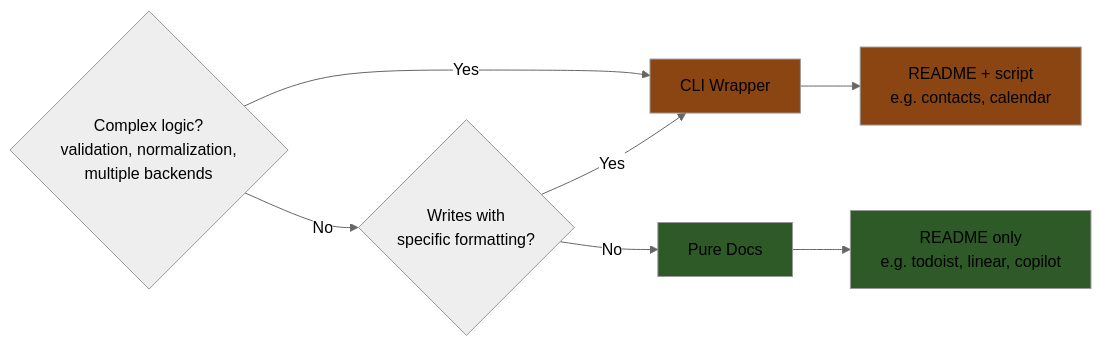
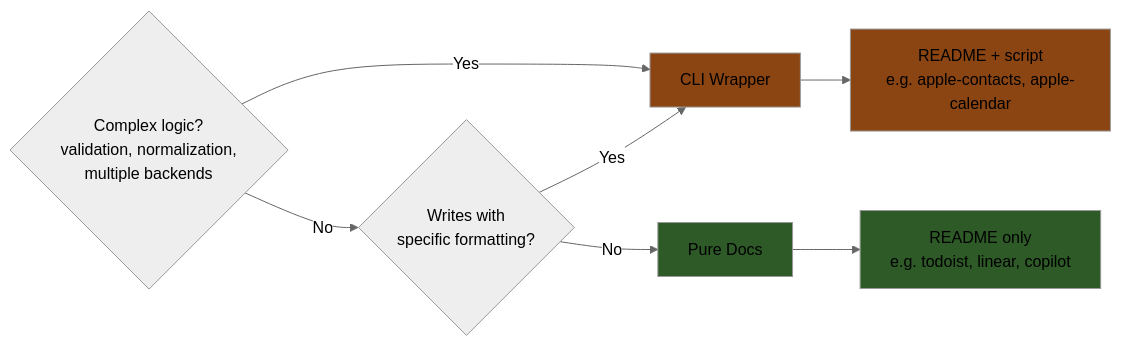
One commit to jcontini/AgentOS changed the diagram in utils/creating-skills.md. Above: the diagram before and after it, drawn with Mermaid (neutral theme). The commit also changed other lines of this file and 33 other files, not shown here.

First line of the commit message:
Restructure: skills architecture with actions/connections routing

````diff
--- a/utils/creating-skills.md
+++ b/utils/creating-skills.md
@@ -9,15 +17,15 @@
 ```mermaid
 flowchart LR
     A{Complex logic?<br/>validation, normalization,<br/>multiple backends} -->|Yes| B[CLI Wrapper]
     A -->|No| C{Writes with<br/>specific formatting?}
     C -->|Yes| B
     C -->|No| D[Pure Docs]
     
-    B --> E["README + script<br/>e.g. contacts, calendar"]
+    B --> E["README + script<br/>e.g. apple-contacts, apple-calendar"]
     D --> F["README only<br/>e.g. todoist, linear, copilot"]
     
     style D fill:#2d5a27
     style B fill:#8b4513
     style F fill:#2d5a27
     style E fill:#8b4513
 ```
````
